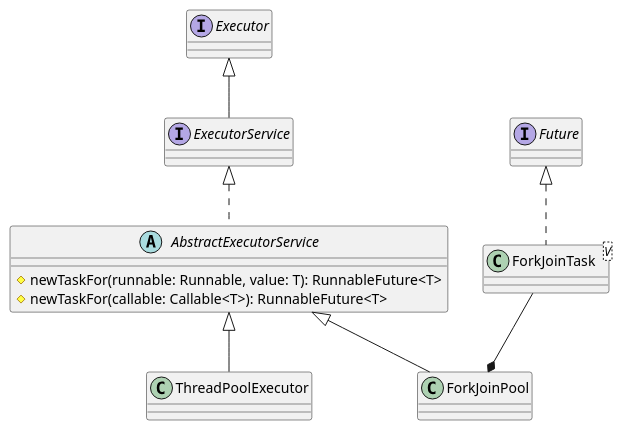
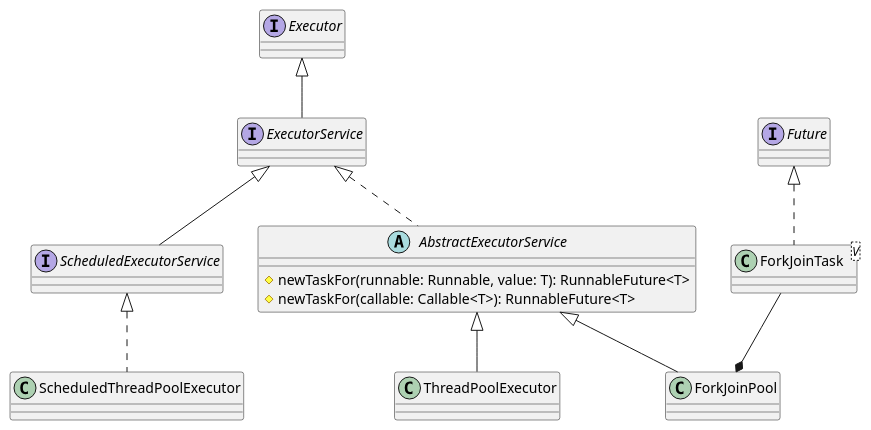
Before and after one commit to tassiLuca/pcd-2022-2023: the diagram in app/res/lab06/executor-classes.puml, drawn with PlantUML. The commit also changed 13 other files, not shown here.

```diff
--- a/app/res/lab06/executor-classes.puml
+++ b/app/res/lab06/executor-classes.puml
@@ -1,16 +1,20 @@
 @startuml executor-classes
 
 interface ExecutorService extends Executor
 
 abstract class AbstractExecutorService implements ExecutorService {
     #newTaskFor(runnable: Runnable, value: T): RunnableFuture<T>
     #newTaskFor(callable: Callable<T>): RunnableFuture<T>
 }
 
 class ForkJoinPool extends AbstractExecutorService
 class ThreadPoolExecutor extends AbstractExecutorService
 
 class ForkJoinTask<V> implements Future
 ForkJoinPool *-up- ForkJoinTask
 
+interface ScheduledExecutorService extends ExecutorService
+
+class ScheduledThreadPoolExecutor implements ScheduledExecutorService
+
 @enduml
```
